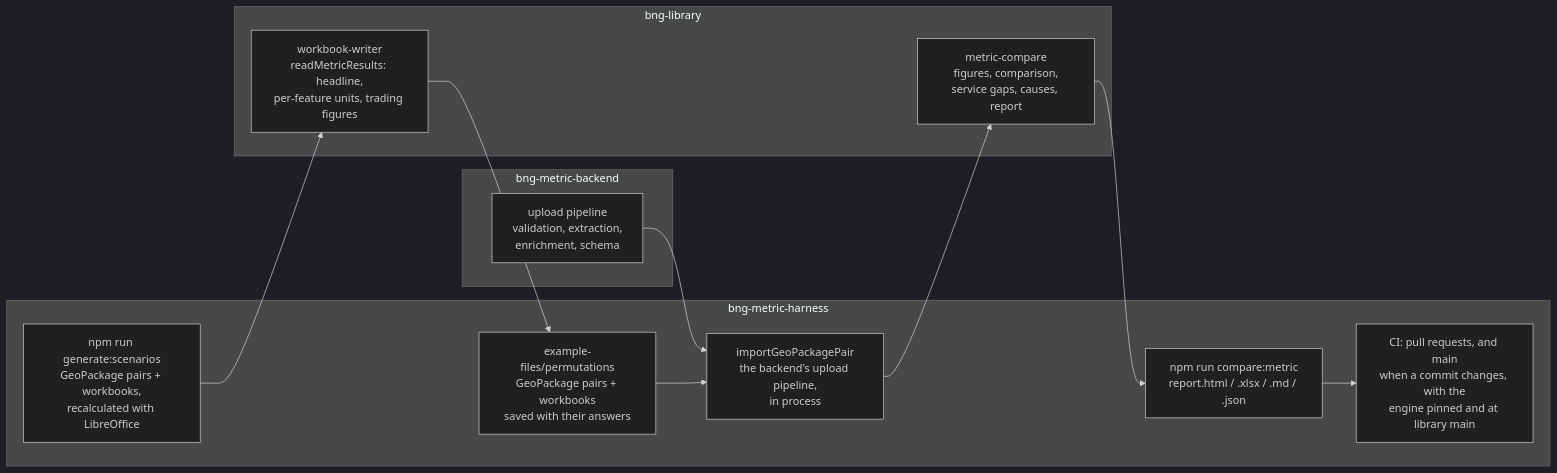
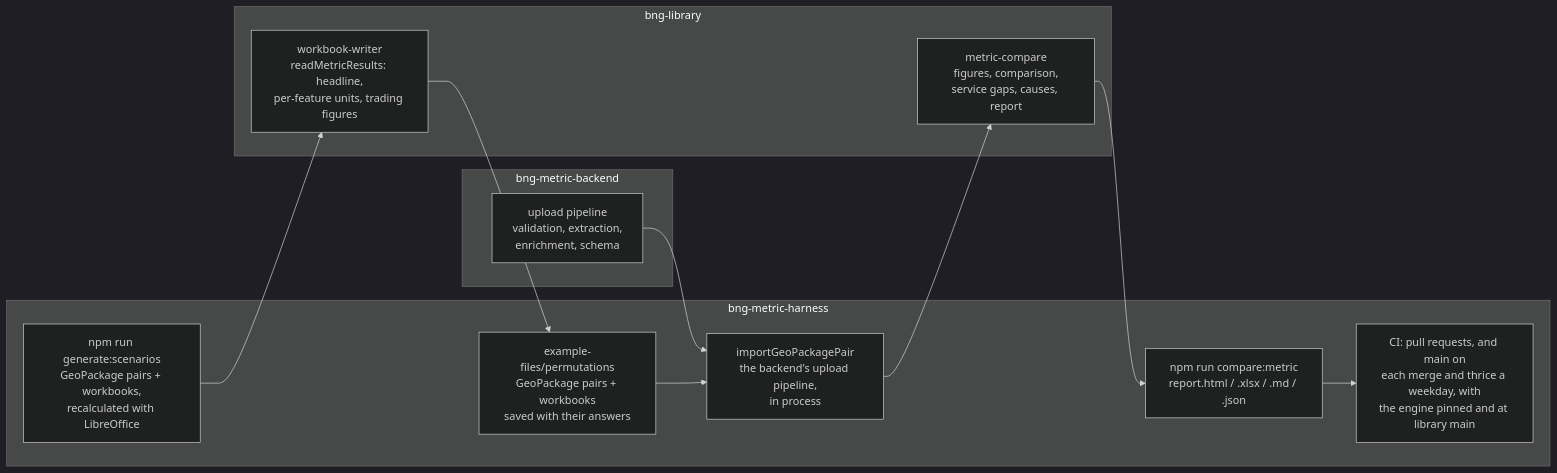
Before and after one commit to DEFRA/bng-metric-harness: the diagram in docs/compare-metric.md, drawn with Mermaid (dark theme). The commit also changed other lines of this file and 1 other file, not shown here.

````diff
--- a/docs/compare-metric.md
+++ b/docs/compare-metric.md
@@ -76,22 +76,22 @@
 ```mermaid
 flowchart LR
   subgraph harness[bng-metric-harness]
     gen["npm run generate:scenarios<br>GeoPackage pairs + workbooks,<br>recalculated with LibreOffice"]
     corpus["example-files/permutations<br>GeoPackage pairs + workbooks<br>saved with their answers"]
     import["importGeoPackagePair<br>the backend's upload pipeline,<br>in process"]
     cli["npm run compare:metric<br>report.html / .xlsx / .md / .json"]
-    ci["CI: pull requests, and main<br>when a commit changes, with the<br>engine pinned and at library main"]
+    ci["CI: pull requests, and main on<br>each merge and thrice a weekday, with<br>the engine pinned and at library main"]
   end
   subgraph library[bng-library]
     reader["workbook-writer<br>readMetricResults: headline,<br>per-feature units, trading figures"]
     compare["metric-compare<br>figures, comparison,<br>service gaps, causes, report"]
   end
   subgraph backend[bng-metric-backend]
     pipeline["upload pipeline<br>validation, extraction,<br>enrichment, schema"]
   end
   gen --> reader
   reader --> corpus
   pipeline --> import
   corpus --> import --> compare
   compare --> cli --> ci
 ```
````
